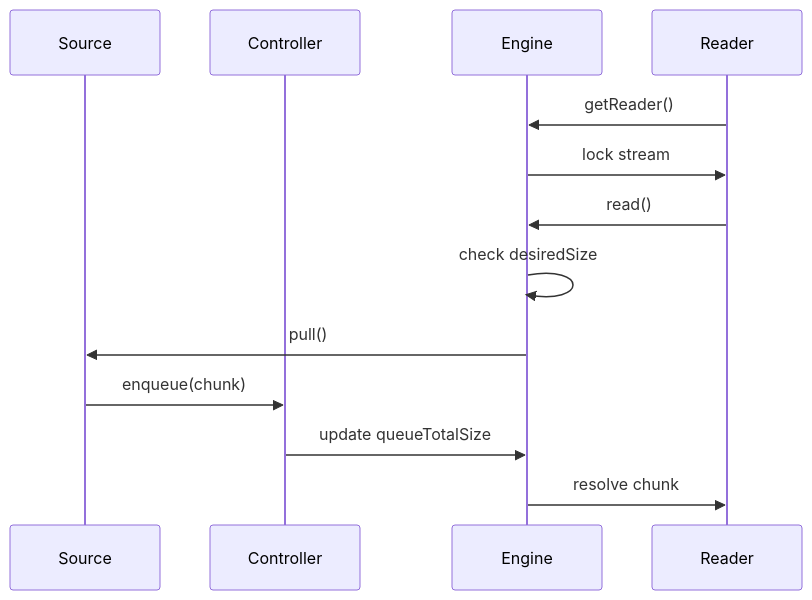
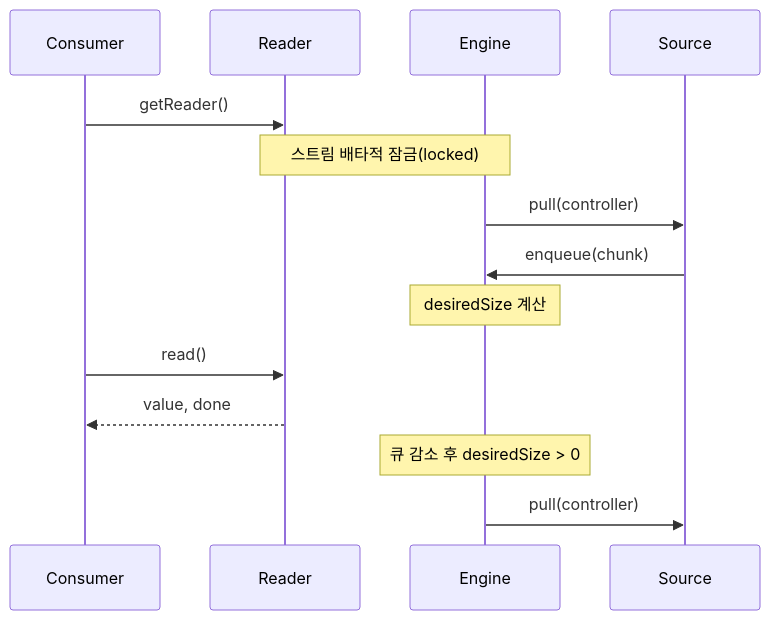
One commit to kh1012/reading changed the diagram in posts/261114 Streams API.md. Above: the diagram before and after it, drawn with Mermaid. The commit also changed other lines of this file and 2 other files, not shown here.

````diff
--- a/posts/261114 Streams API.md
+++ b/posts/261114 Streams API.md
@@ -47,15 +44,16 @@
 ```mermaid
 sequenceDiagram
+    participant Consumer
+    participant Reader
+    participant Engine
     participant Source
-    participant Controller
-    participant Engine
-    participant Reader
-    Reader->>Engine: getReader()
-    Engine->>Reader: lock stream
-    Reader->>Engine: read()
-    Engine->>Engine: check desiredSize
-    Engine->>Source: pull()
-    Source->>Controller: enqueue(chunk)
-    Controller->>Engine: update queueTotalSize
-    Engine->>Reader: resolve chunk
+    Consumer->>Reader: getReader()
+    Note over Reader,Engine: 스트림 배타적 잠금(locked)
+    Engine->>Source: pull(controller)
+    Source->>Engine: enqueue(chunk)
+    Note over Engine: desiredSize 계산
+    Consumer->>Reader: read()
+    Reader-->>Consumer: value, done
+    Note over Engine: 큐 감소 후 desiredSize > 0
+    Engine->>Source: pull(controller)
 ```
````
